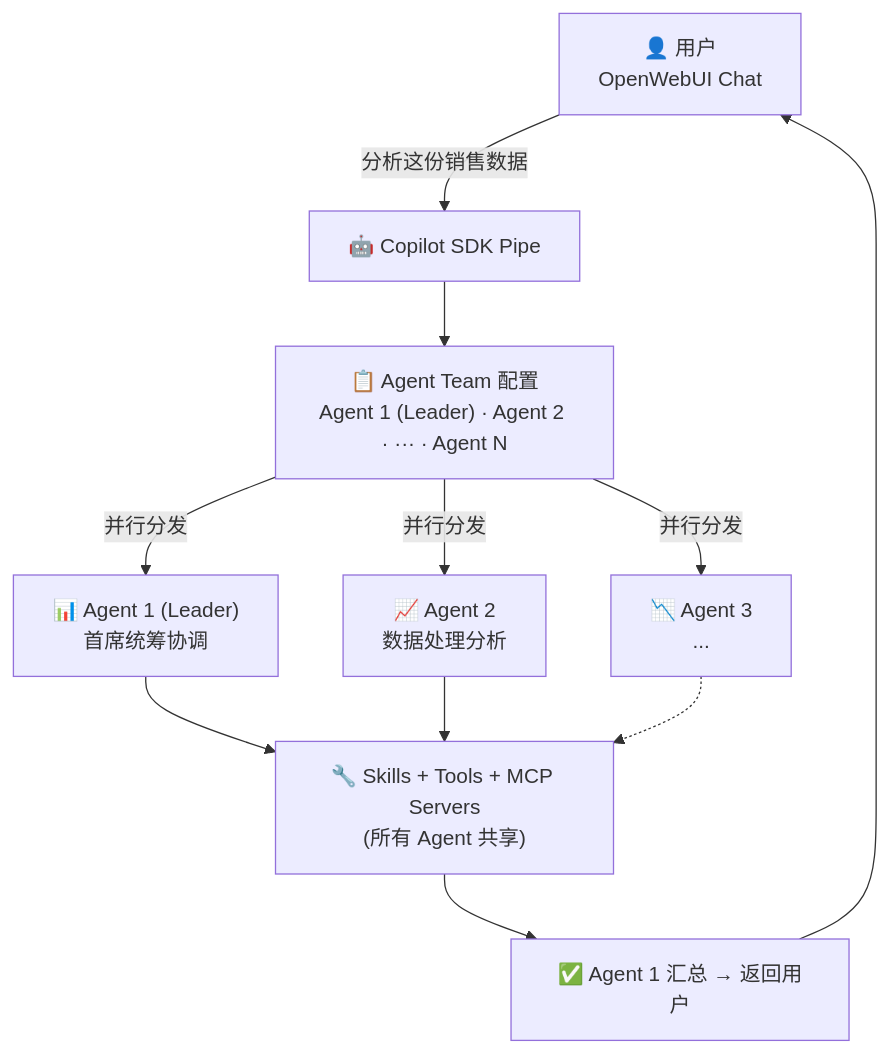
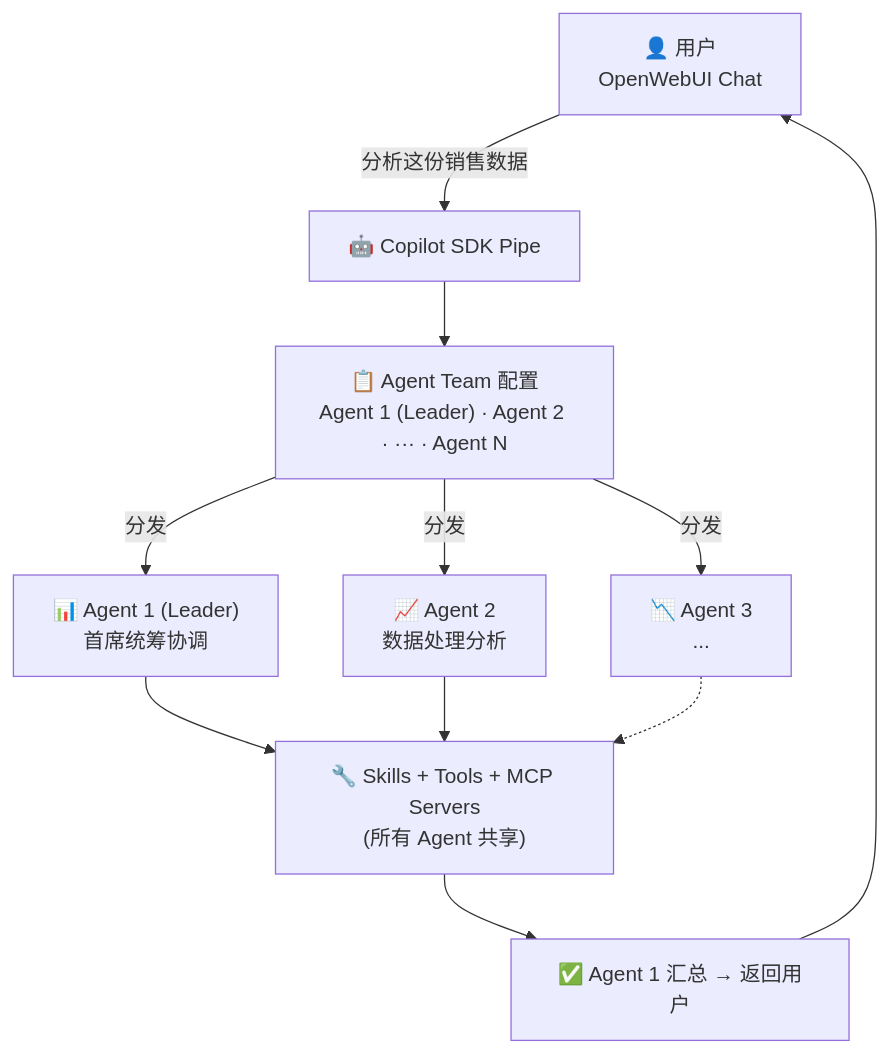
One commit to MarceloMassarente/openwebui-extensions changed the diagram in plugins/pipes/github-copilot-sdk/community_post_CN.md. Above: the diagram before and after it, drawn with Mermaid. The commit also changed 1 other file, not shown here.

Commit message:
docs(github-copilot-sdk): remove 'parallel' from dispatch arrows in Mermaid diagram

````diff
--- a/plugins/pipes/github-copilot-sdk/community_post_CN.md
+++ b/plugins/pipes/github-copilot-sdk/community_post_CN.md
@@ -31,22 +31,22 @@
 ```mermaid
 flowchart TD
     User["👤 用户<br/>OpenWebUI Chat"]
     Pipe["🤖 Copilot SDK Pipe"]
     Config["📋 Agent Team 配置<br/>Agent 1 (Leader) · Agent 2 · ··· · Agent N"]
     A1["📊 Agent 1 (Leader)<br/>首席统筹协调"]
     A2["📈 Agent 2<br/>数据处理分析"]
     A3["📉 Agent 3<br/>..."]
     Tools["🔧 Skills + Tools + MCP Servers<br/>(所有 Agent 共享)"]
     Result["✅ Agent 1 汇总 → 返回用户"]
 
     User -->|"分析这份销售数据"| Pipe
     Pipe --> Config
-    Config -->|"并行分发"| A1
-    Config -->|"并行分发"| A2
-    Config -->|"并行分发"| A3
+    Config -->|"分发"| A1
+    Config -->|"分发"| A2
+    Config -->|"分发"| A3
     A1 --> Tools
     A2 --> Tools
     A3 -.-> Tools
     Tools --> Result
     Result --> User
 ```
````
